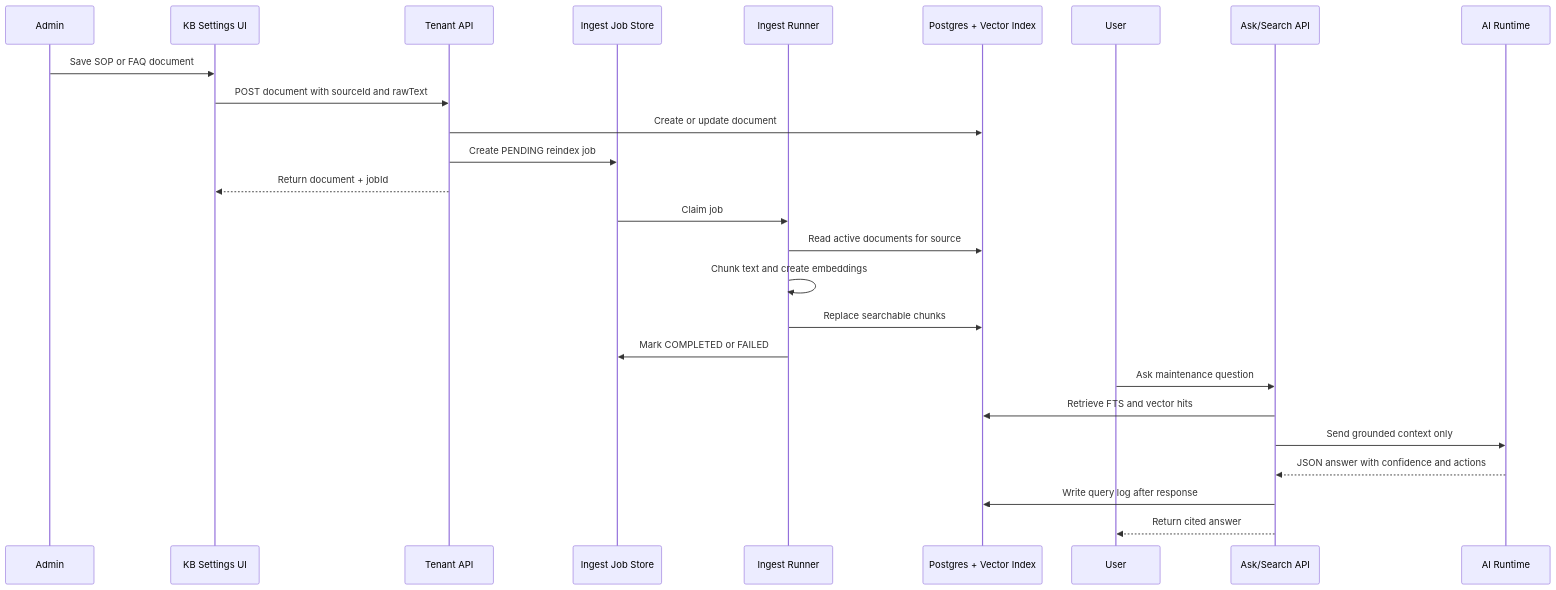
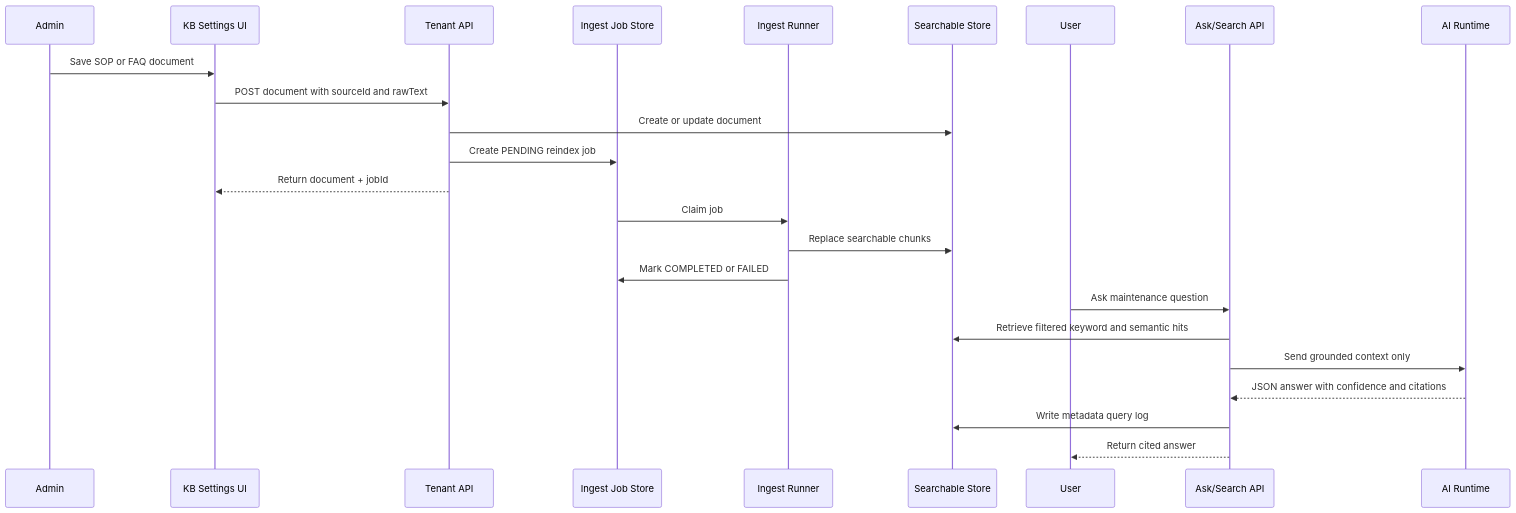
The diagram in diagrams/sequence-flow.mmd (bdsrca/CMMS-Knowledgebase), drawn with Mermaid before and after one commit. The commit also changed 58 other files, not shown here.

```diff
--- a/diagrams/sequence-flow.mmd
+++ b/diagrams/sequence-flow.mmd
@@ -1,28 +1,25 @@
 sequenceDiagram
     participant Admin
     participant UI as KB Settings UI
     participant API as Tenant API
     participant Jobs as Ingest Job Store
     participant Runner as Ingest Runner
-    participant DB as Postgres + Vector Index
+    participant DB as Searchable Store
     participant User
     participant Ask as Ask/Search API
     participant AI as AI Runtime
 
     Admin->>UI: Save SOP or FAQ document
     UI->>API: POST document with sourceId and rawText
     API->>DB: Create or update document
     API->>Jobs: Create PENDING reindex job
     API-->>UI: Return document + jobId
     Jobs->>Runner: Claim job
-    Runner->>DB: Read active documents for source
-    Runner->>Runner: Chunk text and create embeddings
     Runner->>DB: Replace searchable chunks
     Runner->>Jobs: Mark COMPLETED or FAILED
-
     User->>Ask: Ask maintenance question
-    Ask->>DB: Retrieve FTS and vector hits
+    Ask->>DB: Retrieve filtered keyword and semantic hits
     Ask->>AI: Send grounded context only
-    AI-->>Ask: JSON answer with confidence and actions
-    Ask->>DB: Write query log after response
+    AI-->>Ask: JSON answer with confidence and citations
+    Ask->>DB: Write metadata query log
     Ask-->>User: Return cited answer
```
